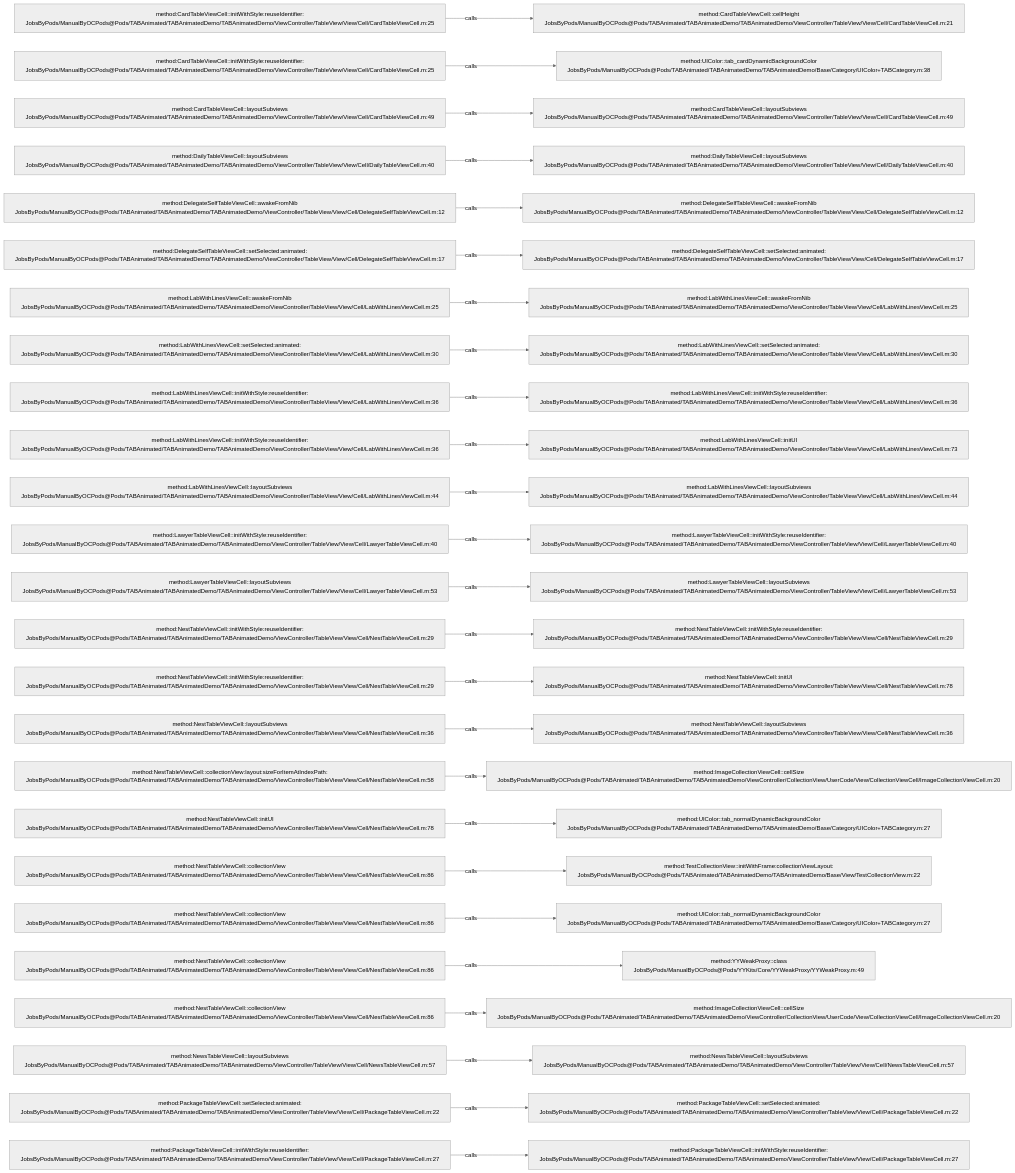
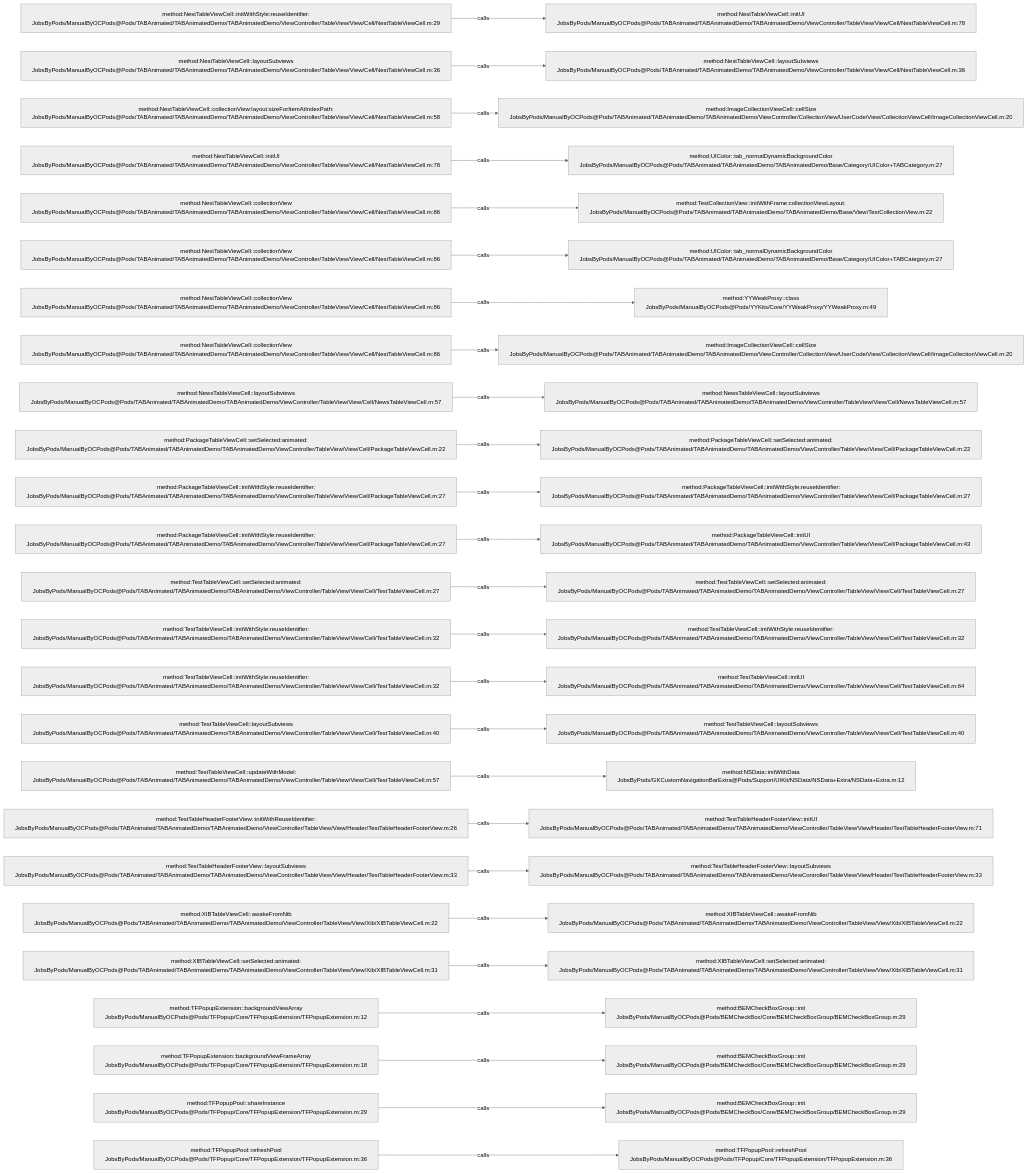
Before and after one commit to JobsKits/JobsOCBaseConfigDemo: the diagram in .codegraph/codegraph.md/graphs/calls-069.md, drawn with Mermaid (neutral theme). The commit also changed 296 other files, not shown here.

````diff
--- a/.codegraph/codegraph.md/graphs/calls-069.md
+++ b/.codegraph/codegraph.md/graphs/calls-069.md
@@ -13,78 +13,78 @@
 ```mermaid
 flowchart LR
-  S1["method:CardTableViewCell::initWithStyle:reuseIdentifier:<br/>JobsByPods/ManualByOCPods@Pods/TABAnimated/TABAnimatedDemo/TABAnimatedDemo/ViewController/TableView/View/Cell/CardTableViewCell.m:25"]
-  T1["method:CardTableViewCell::cellHeight<br/>JobsByPods/ManualByOCPods@Pods/TABAnimated/TABAnimatedDemo/TABAnimatedDemo/ViewController/TableView/View/Cell/CardTableViewCell.m:21"]
+  S1["method:NestTableViewCell::initWithStyle:reuseIdentifier:<br/>JobsByPods/ManualByOCPods@Pods/TABAnimated/TABAnimatedDemo/TABAnimatedDemo/ViewController/TableView/View/Cell/NestTableViewCell.m:29"]
+  T1["method:NestTableViewCell::initUI<br/>JobsByPods/ManualByOCPods@Pods/TABAnimated/TABAnimatedDemo/TABAnimatedDemo/ViewController/TableView/View/Cell/NestTableViewCell.m:78"]
   S1 -->|calls| T1
-  S2["method:CardTableViewCell::initWithStyle:reuseIdentifier:<br/>JobsByPods/ManualByOCPods@Pods/TABAnimated/TABAnimatedDemo/TABAnimatedDemo/ViewController/TableView/View/Cell/CardTableViewCell.m:25"]
-  T2["method:UIColor::tab_cardDynamicBackgroundColor<br/>JobsByPods/ManualByOCPods@Pods/TABAnimated/TABAnimatedDemo/TABAnimatedDemo/Base/Category/UIColor+TABCategory.m:38"]
+  S2["method:NestTableViewCell::layoutSubviews<br/>JobsByPods/ManualByOCPods@Pods/TABAnimated/TABAnimatedDemo/TABAnimatedDemo/ViewController/TableView/View/Cell/NestTableViewCell.m:36"]
+  T2["method:NestTableViewCell::layoutSubviews<br/>JobsByPods/ManualByOCPods@Pods/TABAnimated/TABAnimatedDemo/TABAnimatedDemo/ViewController/TableView/View/Cell/NestTableViewCell.m:36"]
   S2 -->|calls| T2
-  S3["method:CardTableViewCell::layoutSubviews<br/>JobsByPods/ManualByOCPods@Pods/TABAnimated/TABAnimatedDemo/TABAnimatedDemo/ViewController/TableView/View/Cell/CardTableViewCell.m:49"]
-  T3["method:CardTableViewCell::layoutSubviews<br/>JobsByPods/ManualByOCPods@Pods/TABAnimated/TABAnimatedDemo/TABAnimatedDemo/ViewController/TableView/View/Cell/CardTableViewCell.m:49"]
+  S3["method:NestTableViewCell::collectionView:layout:sizeForItemAtIndexPath:<br/>JobsByPods/ManualByOCPods@Pods/TABAnimated/TABAnimatedDemo/TABAnimatedDemo/ViewController/TableView/View/Cell/NestTableViewCell.m:58"]
+  T3["method:ImageCollectionViewCell::cellSize<br/>JobsByPods/ManualByOCPods@Pods/TABAnimated/TABAnimatedDemo/TABAnimatedDemo/ViewController/CollectionView/UserCode/View/CollectionViewCell/ImageCollectionViewCell.m:20"]
   S3 -->|calls| T3
-  S4["method:DailyTableViewCell::layoutSubviews<br/>JobsByPods/ManualByOCPods@Pods/TABAnimated/TABAnimatedDemo/TABAnimatedDemo/ViewController/TableView/View/Cell/DailyTableViewCell.m:40"]
-  T4["method:DailyTableViewCell::layoutSubviews<br/>JobsByPods/ManualByOCPods@Pods/TABAnimated/TABAnimatedDemo/TABAnimatedDemo/ViewController/TableView/View/Cell/DailyTableViewCell.m:40"]
+  S4["method:NestTableViewCell::initUI<br/>JobsByPods/ManualByOCPods@Pods/TABAnimated/TABAnimatedDemo/TABAnimatedDemo/ViewController/TableView/View/Cell/NestTableViewCell.m:78"]
+  T4["method:UIColor::tab_normalDynamicBackgroundColor<br/>JobsByPods/ManualByOCPods@Pods/TABAnimated/TABAnimatedDemo/TABAnimatedDemo/Base/Category/UIColor+TABCategory.m:27"]
   S4 -->|calls| T4
-  S5["method:DelegateSelfTableViewCell::awakeFromNib<br/>JobsByPods/ManualByOCPods@Pods/TABAnimated/TABAnimatedDemo/TABAnimatedDemo/ViewController/TableView/View/Cell/DelegateSelfTableViewCell.m:12"]
-  T5["method:DelegateSelfTableViewCell::awakeFromNib<br/>JobsByPods/ManualByOCPods@Pods/TABAnimated/TABAnimatedDemo/TABAnimatedDemo/ViewController/TableView/View/Cell/DelegateSelfTableViewCell.m:12"]
+  S5["method:NestTableViewCell::collectionView<br/>JobsByPods/ManualByOCPods@Pods/TABAnimated/TABAnimatedDemo/TABAnimatedDemo/ViewController/TableView/View/Cell/NestTableViewCell.m:86"]
+  T5["method:TestCollectionView::initWithFrame:collectionViewLayout:<br/>JobsByPods/ManualByOCPods@Pods/TABAnimated/TABAnimatedDemo/TABAnimatedDemo/Base/View/TestCollectionView.m:22"]
   S5 -->|calls| T5
-  S6["method:DelegateSelfTableViewCell::setSelected:animated:<br/>JobsByPods/ManualByOCPods@Pods/TABAnimated/TABAnimatedDemo/TABAnimatedDemo/ViewController/TableView/View/Cell/DelegateSelfTableViewCell.m:17"]
-  T6["method:DelegateSelfTableViewCell::setSelected:animated:<br/>JobsByPods/ManualByOCPods@Pods/TABAnimated/TABAnimatedDemo/TABAnimatedDemo/ViewController/TableView/View/Cell/DelegateSelfTableViewCell.m:17"]
+  S6["method:NestTableViewCell::collectionView<br/>JobsByPods/ManualByOCPods@Pods/TABAnimated/TABAnimatedDemo/TABAnimatedDemo/ViewController/TableView/View/Cell/NestTableViewCell.m:86"]
+  T6["method:UIColor::tab_normalDynamicBackgroundColor<br/>JobsByPods/ManualByOCPods@Pods/TABAnimated/TABAnimatedDemo/TABAnimatedDemo/Base/Category/UIColor+TABCategory.m:27"]
   S6 -->|calls| T6
-  S7["method:LabWithLinesViewCell::awakeFromNib<br/>JobsByPods/ManualByOCPods@Pods/TABAnimated/TABAnimatedDemo/TABAnimatedDemo/ViewController/TableView/View/Cell/LabWithLinesViewCell.m:25"]
-  T7["method:LabWithLinesViewCell::awakeFromNib<br/>JobsByPods/ManualByOCPods@Pods/TABAnimated/TABAnimatedDemo/TABAnimatedDemo/ViewController/TableView/View/Cell/LabWithLinesViewCell.m:25"]
+  S7["method:NestTableViewCell::collectionView<br/>JobsByPods/ManualByOCPods@Pods/TABAnimated/TABAnimatedDemo/TABAnimatedDemo/ViewController/TableView/View/Cell/NestTableViewCell.m:86"]
+  T7["method:YYWeakProxy::class<br/>JobsByPods/ManualByOCPods@Pods/YYKits/Core/YYWeakProxy/YYWeakProxy.m:49"]
   S7 -->|calls| T7
-  S8["method:LabWithLinesViewCell::setSelected:animated:<br/>JobsByPods/ManualByOCPods@Pods/TABAnimated/TABAnimatedDemo/TABAnimatedDemo/ViewController/TableView/View/Cell/LabWithLinesViewCell.m:30"]
-  T8["method:LabWithLinesViewCell::setSelected:animated:<br/>JobsByPods/ManualByOCPods@Pods/TABAnimated/TABAnimatedDemo/TABAnimatedDemo/ViewController/TableView/View/Cell/LabWithLinesViewCell.m:30"]
+  S8["method:NestTableViewCell::collectionView<br/>JobsByPods/ManualByOCPods@Pods/TABAnimated/TABAnimatedDemo/TABAnimatedDemo/ViewController/TableView/View/Cell/NestTableViewCell.m:86"]
+  T8["method:ImageCollectionViewCell::cellSize<br/>JobsByPods/ManualByOCPods@Pods/TABAnimated/TABAnimatedDemo/TABAnimatedDemo/ViewController/CollectionView/UserCode/View/CollectionViewCell/ImageCollectionViewCell.m:20"]
   S8 -->|calls| T8
-  S9["method:LabWithLinesViewCell::initWithStyle:reuseIdentifier:<br/>JobsByPods/ManualByOCPods@Pods/TABAnimated/TABAnimatedDemo/TABAnimatedDemo/ViewController/TableView/View/Cell/LabWithLinesViewCell.m:36"]
-  T9["method:LabWithLinesViewCell::initWithStyle:reuseIdentifier:<br/>JobsByPods/ManualByOCPods@Pods/TABAnimated/TABAnimatedDemo/TABAnimatedDemo/ViewController/TableView/View/Cell/LabWithLinesViewCell.m:36"]
+  S9["method:NewsTableViewCell::layoutSubviews<br/>JobsByPods/ManualByOCPods@Pods/TABAnimated/TABAnimatedDemo/TABAnimatedDemo/ViewController/TableView/View/Cell/NewsTableViewCell.m:57"]
+  T9["method:NewsTableViewCell::layoutSubviews<br/>JobsByPods/ManualByOCPods@Pods/TABAnimated/TABAnimatedDemo/TABAnimatedDemo/ViewController/TableView/View/Cell/NewsTableViewCell.m:57"]
   S9 -->|calls| T9
-  S10["method:LabWithLinesViewCell::initWithStyle:reuseIdentifier:<br/>JobsByPods/ManualByOCPods@Pods/TABAnimated/TABAnimatedDemo/TABAnimatedDemo/ViewController/TableView/View/Cell/LabWithLinesViewCell.m:36"]
-  T10["method:LabWithLinesViewCell::initUI<br/>JobsByPods/ManualByOCPods@Pods/TABAnimated/TABAnimatedDemo/TABAnimatedDemo/ViewController/TableView/View/Cell/LabWithLinesViewCell.m:73"]
+  S10["method:PackageTableViewCell::setSelected:animated:<br/>JobsByPods/ManualByOCPods@Pods/TABAnimated/TABAnimatedDemo/TABAnimatedDemo/ViewController/TableView/View/Cell/PackageTableViewCell.m:22"]
+  T10["method:PackageTableViewCell::setSelected:animated:<br/>JobsByPods/ManualByOCPods@Pods/TABAnimated/TABAnimatedDemo/TABAnimatedDemo/ViewController/TableView/View/Cell/PackageTableViewCell.m:22"]
   S10 -->|calls| T10
-  S11["method:LabWithLinesViewCell::layoutSubviews<br/>JobsByPods/ManualByOCPods@Pods/TABAnimated/TABAnimatedDemo/TABAnimatedDemo/ViewController/TableView/View/Cell/LabWithLinesViewCell.m:44"]
-  T11["method:LabWithLinesViewCell::layoutSubviews<br/>JobsByPods/ManualByOCPods@Pods/TABAnimated/TABAnimatedDemo/TABAnimatedDemo/ViewController/TableView/View/Cell/LabWithLinesViewCell.m:44"]
+  S11["method:PackageTableViewCell::initWithStyle:reuseIdentifier:<br/>JobsByPods/ManualByOCPods@Pods/TABAnimated/TABAnimatedDemo/TABAnimatedDemo/ViewController/TableView/View/Cell/PackageTableViewCell.m:27"]
+  T11["method:PackageTableViewCell::initWithStyle:reuseIdentifier:<br/>JobsByPods/ManualByOCPods@Pods/TABAnimated/TABAnimatedDemo/TABAnimatedDemo/ViewController/TableView/View/Cell/PackageTableViewCell.m:27"]
   S11 -->|calls| T11
-  S12["method:LawyerTableViewCell::initWithStyle:reuseIdentifier:<br/>JobsByPods/ManualByOCPods@Pods/TABAnimated/TABAnimatedDemo/TABAnimatedDemo/ViewController/TableView/View/Cell/LawyerTableViewCell.m:40"]
-  T12["method:LawyerTableViewCell::initWithStyle:reuseIdentifier:<br/>JobsByPods/ManualByOCPods@Pods/TABAnimated/TABAnimatedDemo/TABAnimatedDemo/ViewController/TableView/View/Cell/LawyerTableViewCell.m:40"]
+  S12["method:PackageTableViewCell::initWithStyle:reuseIdentifier:<br/>JobsByPods/ManualByOCPods@Pods/TABAnimated/TABAnimatedDemo/TABAnimatedDemo/ViewController/TableView/View/Cell/PackageTableViewCell.m:27"]
+  T12["method:PackageTableViewCell::initUI<br/>JobsByPods/ManualByOCPods@Pods/TABAnimated/TABAnimatedDemo/TABAnimatedDemo/ViewController/TableView/View/Cell/PackageTableViewCell.m:43"]
   S12 -->|calls| T12
-  S13["method:LawyerTableViewCell::layoutSubviews<br/>JobsByPods/ManualByOCPods@Pods/TABAnimated/TABAnimatedDemo/TABAnimatedDemo/ViewController/TableView/View/Cell/LawyerTableViewCell.m:53"]
-  T13["method:LawyerTableViewCell::layoutSubviews<br/>JobsByPods/ManualByOCPods@Pods/TABAnimated/TABAnimatedDemo/TABAnimatedDemo/ViewController/TableView/View/Cell/LawyerTableViewCell.m:53"]
+  S13["method:TestTableViewCell::setSelected:animated:<br/>JobsByPods/ManualByOCPods@Pods/TABAnimated/TABAnimatedDemo/TABAnimatedDemo/ViewController/TableView/View/Cell/TestTableViewCell.m:27"]
+  T13["method:TestTableViewCell::setSelected:animated:<br/>JobsByPods/ManualByOCPods@Pods/TABAnimated/TABAnimatedDemo/TABAnimatedDemo/ViewController/TableView/View/Cell/TestTableViewCell.m:27"]
   S13 -->|calls| T13
-  S14["method:NestTableViewCell::initWithStyle:reuseIdentifier:<br/>JobsByPods/ManualByOCPods@Pods/TABAnimated/TABAnimatedDemo/TABAnimatedDemo/ViewController/TableView/View/Cell/NestTableViewCell.m:29"]
-  T14["method:NestTableViewCell::initWithStyle:reuseIdentifier:<br/>JobsByPods/ManualByOCPods@Pods/TABAnimated/TABAnimatedDemo/TABAnimatedDemo/ViewController/TableView/View/Cell/NestTableViewCell.m:29"]
+  S14["method:TestTableViewCell::initWithStyle:reuseIdentifier:<br/>JobsByPods/ManualByOCPods@Pods/TABAnimated/TABAnimatedDemo/TABAnimatedDemo/ViewController/TableView/View/Cell/TestTableViewCell.m:32"]
+  T14["method:TestTableViewCell::initWithStyle:reuseIdentifier:<br/>JobsByPods/ManualByOCPods@Pods/TABAnimated/TABAnimatedDemo/TABAnimatedDemo/ViewController/TableView/View/Cell/TestTableViewCell.m:32"]
   S14 -->|calls| T14
-  S15["method:NestTableViewCell::initWithStyle:reuseIdentifier:<br/>JobsByPods/ManualByOCPods@Pods/TABAnimated/TABAnimatedDemo/TABAnimatedDemo/ViewController/TableView/View/Cell/NestTableViewCell.m:29"]
-  T15["method:NestTableViewCell::initUI<br/>JobsByPods/ManualByOCPods@Pods/TABAnimated/TABAnimatedDemo/TABAnimatedDemo/ViewController/TableView/View/Cell/NestTableViewCell.m:78"]
+  S15["method:TestTableViewCell::initWithStyle:reuseIdentifier:<br/>JobsByPods/ManualByOCPods@Pods/TABAnimated/TABAnimatedDemo/TABAnimatedDemo/ViewController/TableView/View/Cell/TestTableViewCell.m:32"]
+  T15["method:TestTableViewCell::initUI<br/>JobsByPods/ManualByOCPods@Pods/TABAnimated/TABAnimatedDemo/TABAnimatedDemo/ViewController/TableView/View/Cell/TestTableViewCell.m:64"]
   S15 -->|calls| T15
-  S16["method:NestTableViewCell::layoutSubviews<br/>JobsByPods/ManualByOCPods@Pods/TABAnimated/TABAnimatedDemo/TABAnimatedDemo/ViewController/TableView/View/Cell/NestTableViewCell.m:36"]
-  T16["method:NestTableViewCell::layoutSubviews<br/>JobsByPods/ManualByOCPods@Pods/TABAnimated/TABAnimatedDemo/TABAnimatedDemo/ViewController/TableView/View/Cell/NestTableViewCell.m:36"]
+  S16["method:TestTableViewCell::layoutSubviews<br/>JobsByPods/ManualByOCPods@Pods/TABAnimated/TABAnimatedDemo/TABAnimatedDemo/ViewController/TableView/View/Cell/TestTableViewCell.m:40"]
+  T16["method:TestTableViewCell::layoutSubviews<br/>JobsByPods/ManualByOCPods@Pods/TABAnimated/TABAnimatedDemo/TABAnimatedDemo/ViewController/TableView/View/Cell/TestTableViewCell.m:40"]
   S16 -->|calls| T16
-  S17["method:NestTableViewCell::collectionView:layout:sizeForItemAtIndexPath:<br/>JobsByPods/ManualByOCPods@Pods/TABAnimated/TABAnimatedDemo/TABAnimatedDemo/ViewController/TableView/View/Cell/NestTableViewCell.m:58"]
-  T17["method:ImageCollectionViewCell::cellSize<br/>JobsByPods/ManualByOCPods@Pods/TABAnimated/TABAnimatedDemo/TABAnimatedDemo/ViewController/CollectionView/UserCode/View/CollectionViewCell/ImageCollectionViewCell.m:20"]
+  S17["method:TestTableViewCell::updateWithModel:<br/>JobsByPods/ManualByOCPods@Pods/TABAnimated/TABAnimatedDemo/TABAnimatedDemo/ViewController/TableView/View/Cell/TestTableViewCell.m:57"]
+  T17["method:NSData::initWithData<br/>JobsByPods/GKCustomNavigationBarExtra@Pods/Support/UIKit/NSData/NSData+Extra/NSData+Extra.m:12"]
   S17 -->|calls| T17
-  S18["method:NestTableViewCell::initUI<br/>JobsByPods/ManualByOCPods@Pods/TABAnimated/TABAnimatedDemo/TABAnimatedDemo/ViewController/TableView/View/Cell/NestTableViewCell.m:78"]
-  T18["method:UIColor::tab_normalDynamicBackgroundColor<br/>JobsByPods/ManualByOCPods@Pods/TABAnimated/TABAnimatedDemo/TABAnimatedDemo/Base/Category/UIColor+TABCategory.m:27"]
+  S18["method:TestTableHeaderFooterView::initWithReuseIdentifier:<br/>JobsByPods/ManualByOCPods@Pods/TABAnimated/TABAnimatedDemo/TABAnimatedDemo/ViewController/TableView/View/Header/TestTableHeaderFooterView.m:26"]
+  T18["method:TestTableHeaderFooterView::initUI<br/>JobsByPods/ManualByOCPods@Pods/TABAnimated/TABAnimatedDemo/TABAnimatedDemo/ViewController/TableView/View/Header/TestTableHeaderFooterView.m:71"]
   S18 -->|calls| T18
-  S19["method:NestTableViewCell::collectionView<br/>JobsByPods/ManualByOCPods@Pods/TABAnimated/TABAnimatedDemo/TABAnimatedDemo/ViewController/TableView/View/Cell/NestTableViewCell.m:86"]
-  T19["method:TestCollectionView::initWithFrame:collectionViewLayout:<br/>JobsByPods/ManualByOCPods@Pods/TABAnimated/TABAnimatedDemo/TABAnimatedDemo/Base/View/TestCollectionView.m:22"]
+  S19["method:TestTableHeaderFooterView::layoutSubviews<br/>JobsByPods/ManualByOCPods@Pods/TABAnimated/TABAnimatedDemo/TABAnimatedDemo/ViewController/TableView/View/Header/TestTableHeaderFooterView.m:33"]
+  T19["method:TestTableHeaderFooterView::layoutSubviews<br/>JobsByPods/ManualByOCPods@Pods/TABAnimated/TABAnimatedDemo/TABAnimatedDemo/ViewController/TableView/View/Header/TestTableHeaderFooterView.m:33"]
   S19 -->|calls| T19
-  S20["method:NestTableViewCell::collectionView<br/>JobsByPods/ManualByOCPods@Pods/TABAnimated/TABAnimatedDemo/TABAnimatedDemo/ViewController/TableView/View/Cell/NestTableViewCell.m:86"]
-  T20["method:UIColor::tab_normalDynamicBackgroundColor<br/>JobsByPods/ManualByOCPods@Pods/TABAnimated/TABAnimatedDemo/TABAnimatedDemo/Base/Category/UIColor+TABCategory.m:27"]
+  S20["method:XIBTableViewCell::awakeFromNib<br/>JobsByPods/ManualByOCPods@Pods/TABAnimated/TABAnimatedDemo/TABAnimatedDemo/ViewController/TableView/View/Xib/XIBTableViewCell.m:22"]
+  T20["method:XIBTableViewCell::awakeFromNib<br/>JobsByPods/ManualByOCPods@Pods/TABAnimated/TABAnimatedDemo/TABAnimatedDemo/ViewController/TableView/View/Xib/XIBTableViewCell.m:22"]
   S20 -->|calls| T20
-  S21["method:NestTableViewCell::collectionView<br/>JobsByPods/ManualByOCPods@Pods/TABAnimated/TABAnimatedDemo/TABAnimatedDemo/ViewController/TableView/View/Cell/NestTableViewCell.m:86"]
-  T21["method:YYWeakProxy::class<br/>JobsByPods/ManualByOCPods@Pods/YYKits/Core/YYWeakProxy/YYWeakProxy.m:49"]
+  S21["method:XIBTableViewCell::setSelected:animated:<br/>JobsByPods/ManualByOCPods@Pods/TABAnimated/TABAnimatedDemo/TABAnimatedDemo/ViewController/TableView/View/Xib/XIBTableViewCell.m:31"]
+  T21["method:XIBTableViewCell::setSelected:animated:<br/>JobsByPods/ManualByOCPods@Pods/TABAnimated/TABAnimatedDemo/TABAnimatedDemo/ViewController/TableView/View/Xib/XIBTableViewCell.m:31"]
   S21 -->|calls| T21
-  S22["method:NestTableViewCell::collectionView<br/>JobsByPods/ManualByOCPods@Pods/TABAnimated/TABAnimatedDemo/TABAnimatedDemo/ViewController/TableView/View/Cell/NestTableViewCell.m:86"]
-  T22["method:ImageCollectionViewCell::cellSize<br/>JobsByPods/ManualByOCPods@Pods/TABAnimated/TABAnimatedDemo/TABAnimatedDemo/ViewController/CollectionView/UserCode/View/CollectionViewCell/ImageCollectionViewCell.m:20"]
+  S22["method:TFPopupExtension::backgroundViewArray<br/>JobsByPods/ManualByOCPods@Pods/TFPopup/Core/TFPopupExtension/TFPopupExtension.m:12"]
+  T22["method:BEMCheckBoxGroup::init<br/>JobsByPods/ManualByOCPods@Pods/BEMCheckBox/Core/BEMCheckBoxGroup/BEMCheckBoxGroup.m:29"]
   S22 -->|calls| T22
-  S23["method:NewsTableViewCell::layoutSubviews<br/>JobsByPods/ManualByOCPods@Pods/TABAnimated/TABAnimatedDemo/TABAnimatedDemo/ViewController/TableView/View/Cell/NewsTableViewCell.m:57"]
-  T23["method:NewsTableViewCell::layoutSubviews<br/>JobsByPods/ManualByOCPods@Pods/TABAnimated/TABAnimatedDemo/TABAnimatedDemo/ViewController/TableView/View/Cell/NewsTableViewCell.m:57"]
+  S23["method:TFPopupExtension::backgroundViewFrameArray<br/>JobsByPods/ManualByOCPods@Pods/TFPopup/Core/TFPopupExtension/TFPopupExtension.m:18"]
+  T23["method:BEMCheckBoxGroup::init<br/>JobsByPods/ManualByOCPods@Pods/BEMCheckBox/Core/BEMCheckBoxGroup/BEMCheckBoxGroup.m:29"]
   S23 -->|calls| T23
-  S24["method:PackageTableViewCell::setSelected:animated:<br/>JobsByPods/ManualByOCPods@Pods/TABAnimated/TABAnimatedDemo/TABAnimatedDemo/ViewController/TableView/View/Cell/PackageTableViewCell.m:22"]
-  T24["method:PackageTableViewCell::setSelected:animated:<br/>JobsByPods/ManualByOCPods@Pods/TABAnimated/TABAnimatedDemo/TABAnimatedDemo/ViewController/TableView/View/Cell/PackageTableViewCell.m:22"]
+  S24["method:TFPopupPool::shareInstance<br/>JobsByPods/ManualByOCPods@Pods/TFPopup/Core/TFPopupExtension/TFPopupExtension.m:29"]
+  T24["method:BEMCheckBoxGroup::init<br/>JobsByPods/ManualByOCPods@Pods/BEMCheckBox/Core/BEMCheckBoxGroup/BEMCheckBoxGroup.m:29"]
   S24 -->|calls| T24
-  S25["method:PackageTableViewCell::initWithStyle:reuseIdentifier:<br/>JobsByPods/ManualByOCPods@Pods/TABAnimated/TABAnimatedDemo/TABAnimatedDemo/ViewController/TableView/View/Cell/PackageTableViewCell.m:27"]
-  T25["method:PackageTableViewCell::initWithStyle:reuseIdentifier:<br/>JobsByPods/ManualByOCPods@Pods/TABAnimated/TABAnimatedDemo/TABAnimatedDemo/ViewController/TableView/View/Cell/PackageTableViewCell.m:27"]
+  S25["method:TFPopupPool::refreshPool<br/>JobsByPods/ManualByOCPods@Pods/TFPopup/Core/TFPopupExtension/TFPopupExtension.m:36"]
+  T25["method:TFPopupPool::refreshPool<br/>JobsByPods/ManualByOCPods@Pods/TFPopup/Core/TFPopupExtension/TFPopupExtension.m:36"]
   S25 -->|calls| T25
 ```
````
